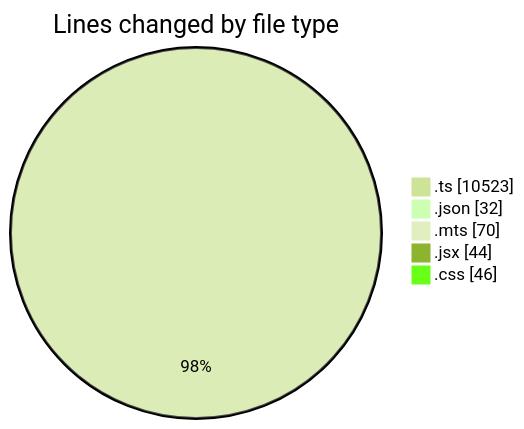
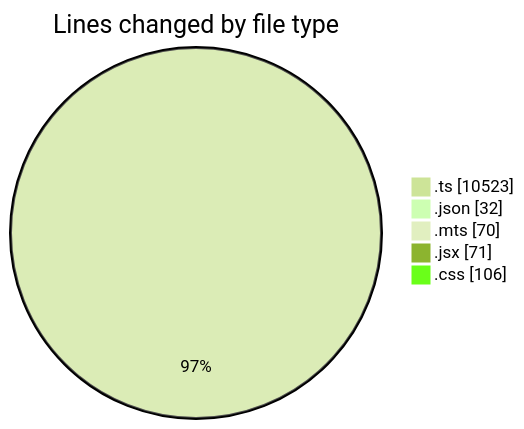
Before and after one commit to Ritupan-Deka/code-tracking: the first of 2 diagrams in 2025-05-25/projects/README.md, drawn with Mermaid (forest theme). The commit also changed other lines of this file and 1 other file, not shown here.

````diff
--- a/2025-05-25/projects/README.md
+++ b/2025-05-25/projects/README.md
@@ -50,9 +51,9 @@
 ```mermaid
 pie showData
 title Lines changed by file type
 ".ts" : 10523
 ".json" : 32
 ".mts" : 70
-".jsx" : 44
-".css" : 46
+".jsx" : 71
+".css" : 106
 ```
````
